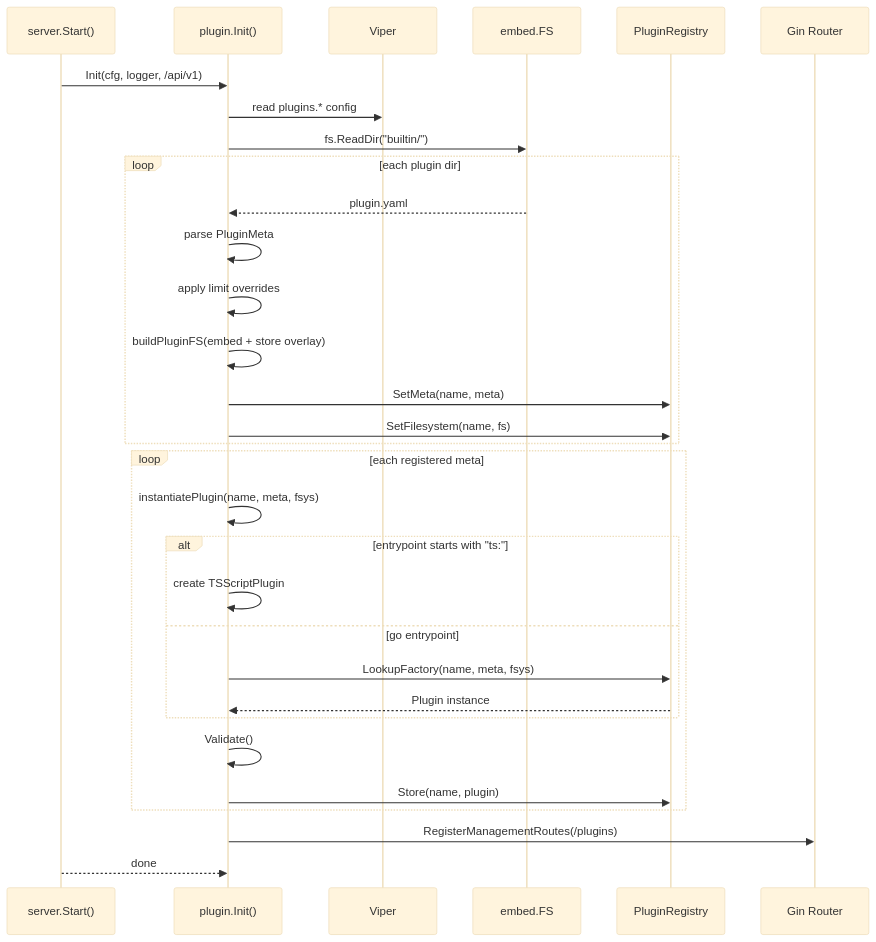
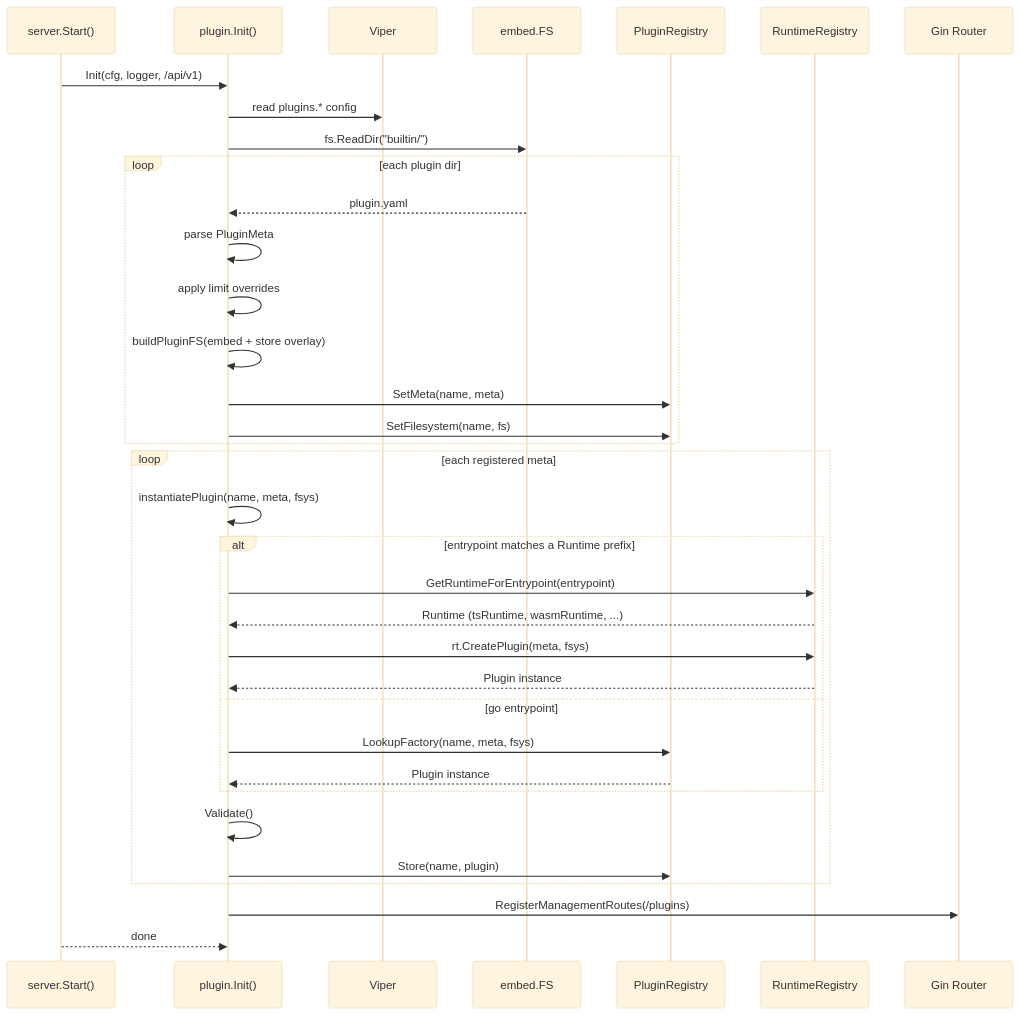
Before and after one commit to diameter-tscd/stackyrd: the first of 3 diagrams in .agent/skills/PLUGIN_PKG.md, drawn with Mermaid (base theme). The commit also changed other lines of this file and 24 other files, not shown here.

````diff
--- a/.agent/skills/PLUGIN_PKG.md
+++ b/.agent/skills/PLUGIN_PKG.md
@@ -91,34 +156,38 @@
 ```mermaid
 sequenceDiagram
     participant S as server.Start()
     participant P as plugin.Init()
     participant V as Viper
     participant E as embed.FS
     participant R as PluginRegistry
+    participant RT as RuntimeRegistry
     participant G as Gin Router
 
     S->>P: Init(cfg, logger, /api/v1)
     P->>V: read plugins.* config
     P->>E: fs.ReadDir("builtin/")
     loop each plugin dir
         E-->>P: plugin.yaml
         P->>P: parse PluginMeta
         P->>P: apply limit overrides
         P->>P: buildPluginFS(embed + store overlay)
         P->>R: SetMeta(name, meta)
         P->>R: SetFilesystem(name, fs)
     end
     loop each registered meta
         P->>P: instantiatePlugin(name, meta, fsys)
-        alt entrypoint starts with "ts:"
-            P->>P: create TSScriptPlugin
+        alt entrypoint matches a Runtime prefix
+            P->>RT: GetRuntimeForEntrypoint(entrypoint)
+            RT-->>P: Runtime (tsRuntime, wasmRuntime, ...)
+            P->>RT: rt.CreatePlugin(meta, fsys)
+            RT-->>P: Plugin instance
         else go entrypoint
             P->>R: LookupFactory(name, meta, fsys)
             R-->>P: Plugin instance
         end
         P->>P: Validate()
         P->>R: Store(name, plugin)
     end
     P->>G: RegisterManagementRoutes(/plugins)
     S-->>P: done
 ```
````
